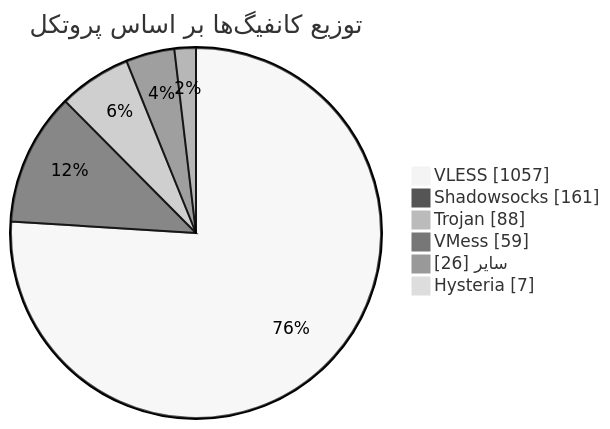
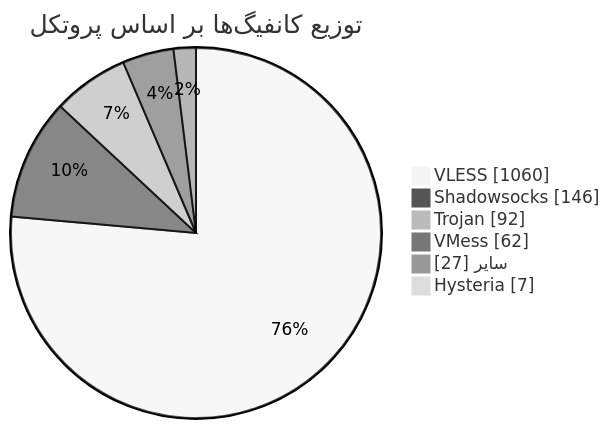
One commit to Arian-Alijani/Somthing changed the diagram in README.md. Above: the diagram before and after it, drawn with Mermaid (neutral theme). The commit also changed other lines of this file and 89 other files, not shown here.

````diff
--- a/README.md
+++ b/README.md
@@ -50,10 +50,10 @@
 ```mermaid
 pie showData
     title توزیع کانفیگ‌ها بر اساس پروتکل
-    "VLESS" : 1057
-    "Shadowsocks" : 161
-    "Trojan" : 88
-    "VMess" : 59
-    "سایر" : 26
+    "VLESS" : 1060
+    "Shadowsocks" : 146
+    "Trojan" : 92
+    "VMess" : 62
+    "سایر" : 27
     "Hysteria" : 7
 ```
````
